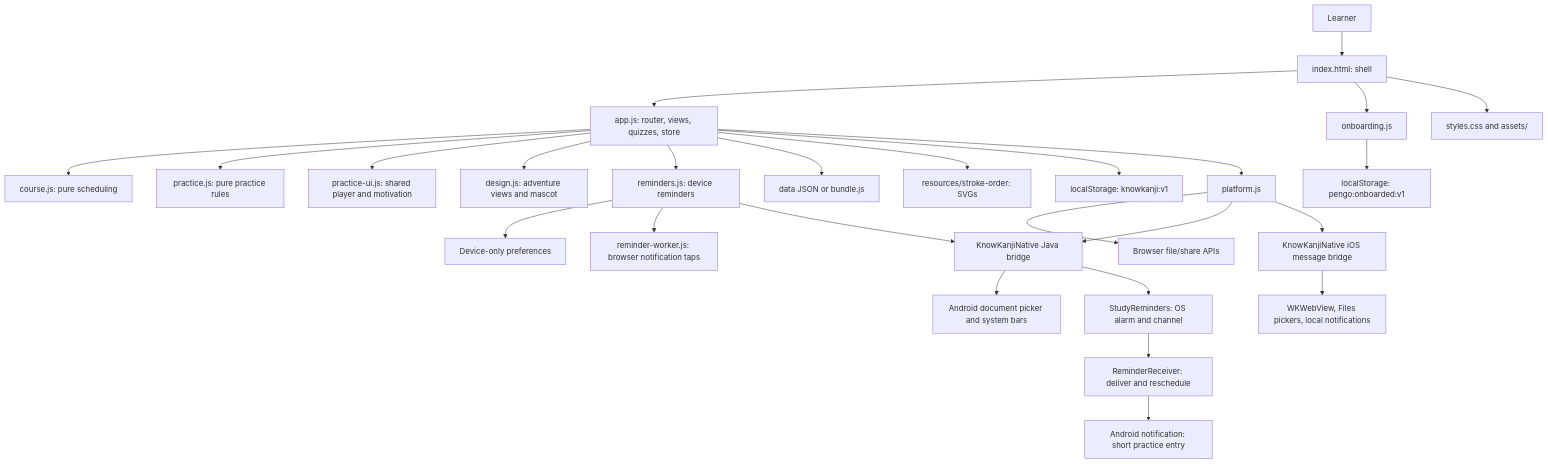
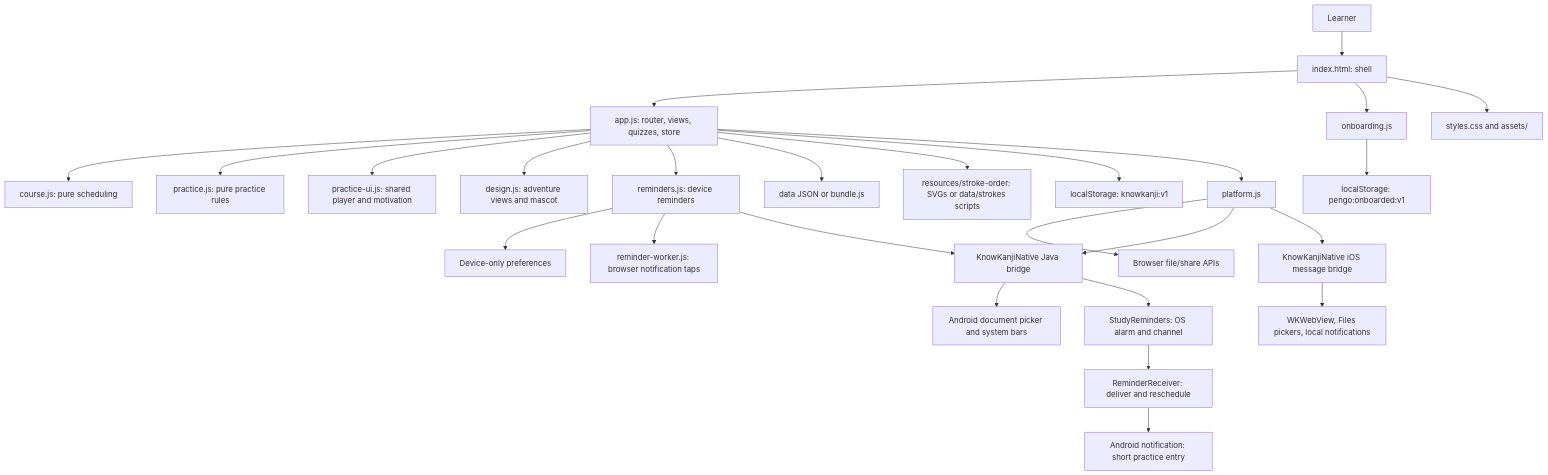
Before and after one commit to rummanrc/pengo: the first of 3 diagrams in docs/architecture.md, drawn with Mermaid. The commit also changed other lines of this file and 98 other files, not shown here.

````diff
--- a/docs/architecture.md
+++ b/docs/architecture.md
@@ -7,28 +7,28 @@
 ```mermaid
 flowchart TD
     User["Learner"] --> Shell["index.html: shell"]
     Shell --> App["app.js: router, views, quizzes, store"]
     App --> Course["course.js: pure scheduling"]
     App --> Practice["practice.js: pure practice rules"]
     App --> PracticeUI["practice-ui.js: shared player and motivation"]
     App --> Design["design.js: adventure views and mascot"]
     App --> Reminders["reminders.js: device reminders"]
     Reminders --> DevicePrefs["Device-only preferences"]
     Reminders --> Worker["reminder-worker.js: browser notification taps"]
     Reminders --> Bridge
     App --> Content["data JSON or bundle.js"]
-    App --> SVG["resources/stroke-order: SVGs"]
+    App --> SVG["resources/stroke-order: SVGs or data/strokes scripts"]
     App --> Storage["localStorage: knowkanji:v1"]
     Shell --> Intro["onboarding.js"]
     Intro --> Flag["localStorage: pengo:onboarded:v1"]
     App --> Platform["platform.js"]
     Platform --> Browser["Browser file/share APIs"]
     Platform --> Bridge["KnowKanjiNative Java bridge"]
     Platform --> IOSBridge["KnowKanjiNative iOS message bridge"]
     IOSBridge --> IOS["WKWebView, Files pickers, local notifications"]
     Bridge --> Android["Android document picker and system bars"]
     Bridge --> Alarm["StudyReminders: OS alarm and channel"]
     Alarm --> Receiver["ReminderReceiver: deliver and reschedule"]
     Receiver --> Notification["Android notification: short practice entry"]
     Shell --> Style["styles.css and assets/"]
 ```
````
